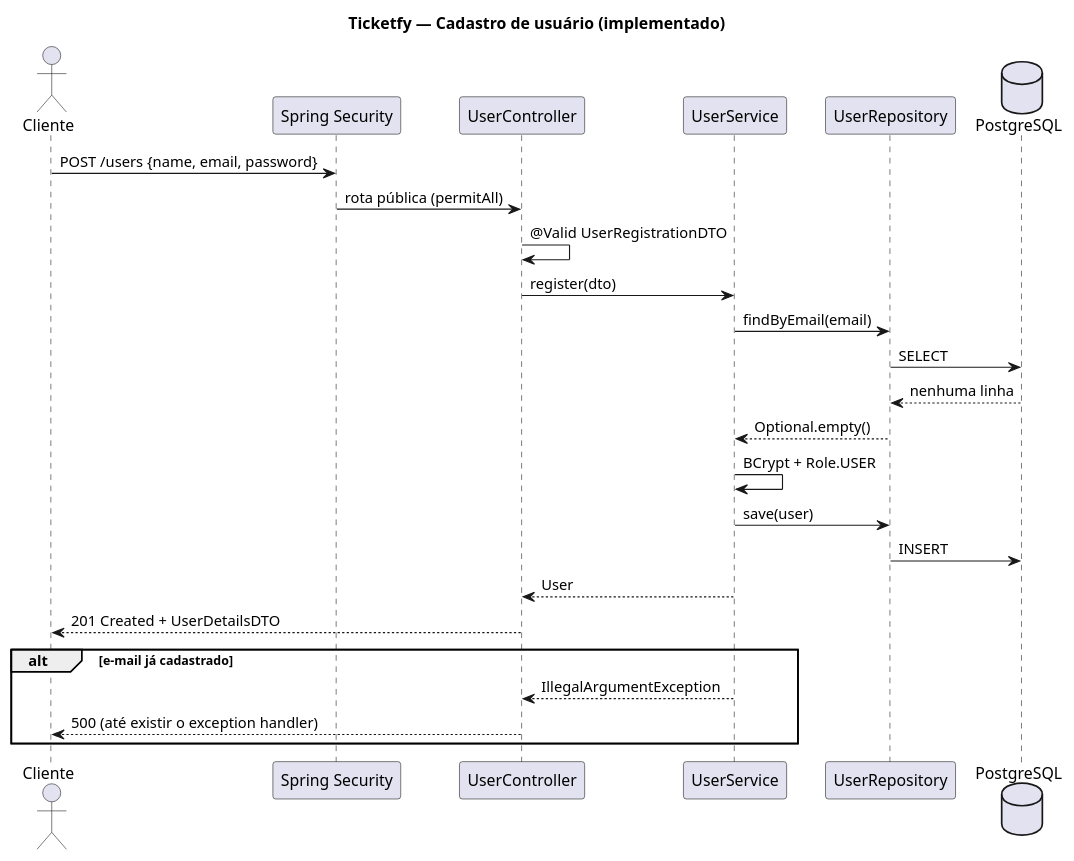
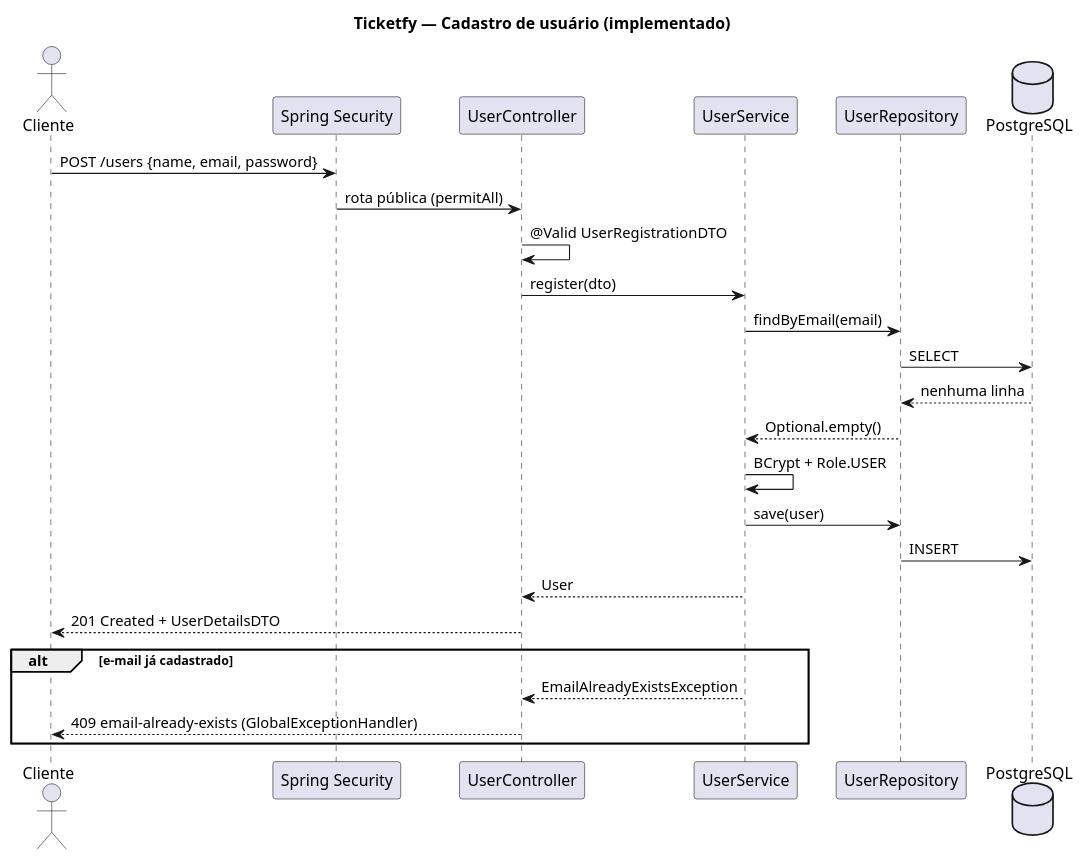
Before and after one commit to rodrigolutfydev/Ticketfy-API: the second of 3 diagrams in docs/05 - Documento de Arquitetura.md, drawn with PlantUML. The commit also changed other lines of this file and 5 other files, not shown here.

First line of the commit message:
docs: align vision, requirements, use case, domain and architecture with the code

````diff
--- a/docs/05 - Documento de Arquitetura.md
+++ b/docs/05 - Documento de Arquitetura.md
@@ -235,30 +239,30 @@
 ```plantuml
 @startuml user-registration
 title Ticketfy — Cadastro de usuário (implementado)
 actor Cliente
 participant "Spring Security" as Sec
 participant UserController as C
 participant UserService as S
 participant UserRepository as R
 database PostgreSQL as DB
 
 Cliente -> Sec : POST /users {name, email, password}
 Sec -> C : rota pública (permitAll)
 C -> C : @Valid UserRegistrationDTO
 C -> S : register(dto)
 S -> R : findByEmail(email)
 R -> DB : SELECT
 DB --> R : nenhuma linha
 R --> S : Optional.empty()
 S -> S : BCrypt + Role.USER
 S -> R : save(user)
 R -> DB : INSERT
 S --> C : User
 C --> Cliente : 201 Created + UserDetailsDTO
 
 alt e-mail já cadastrado
-  S --> C : IllegalArgumentException
-  C --> Cliente : 500 (até existir o exception handler)
+  S --> C : EmailAlreadyExistsException
+  C --> Cliente : 409 email-already-exists (GlobalExceptionHandler)
 end
 @enduml
 ```
````
